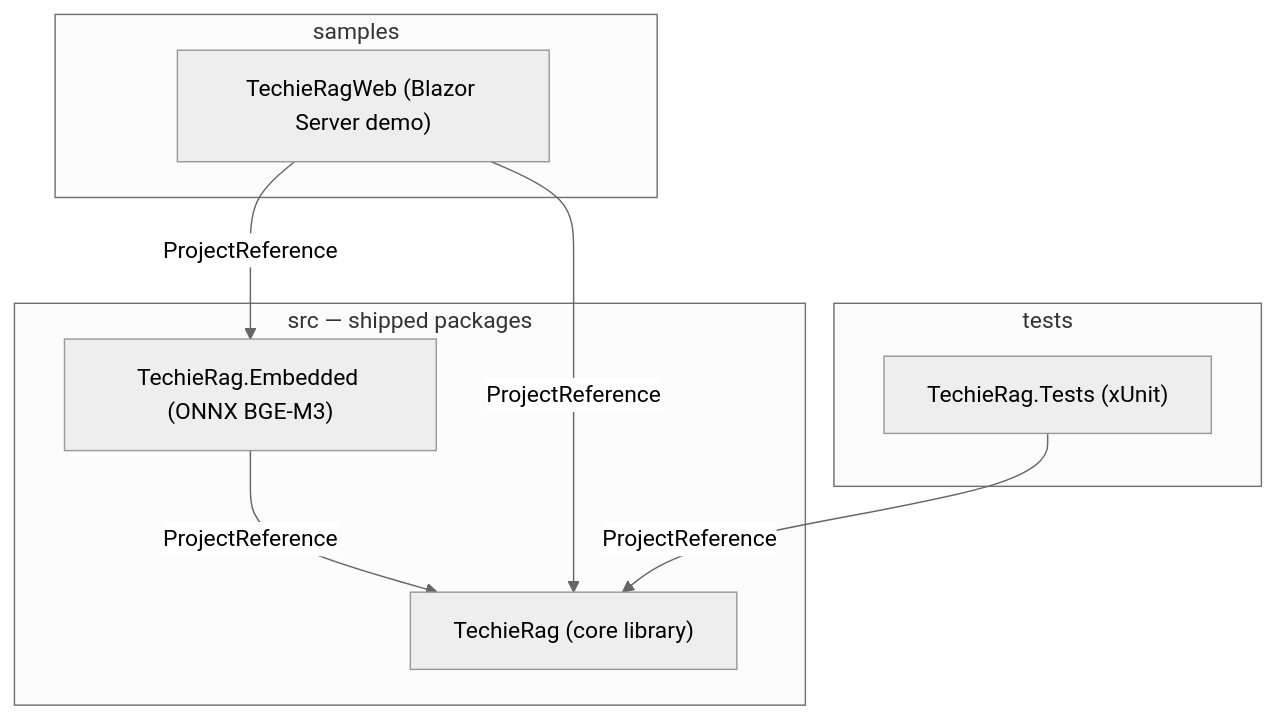
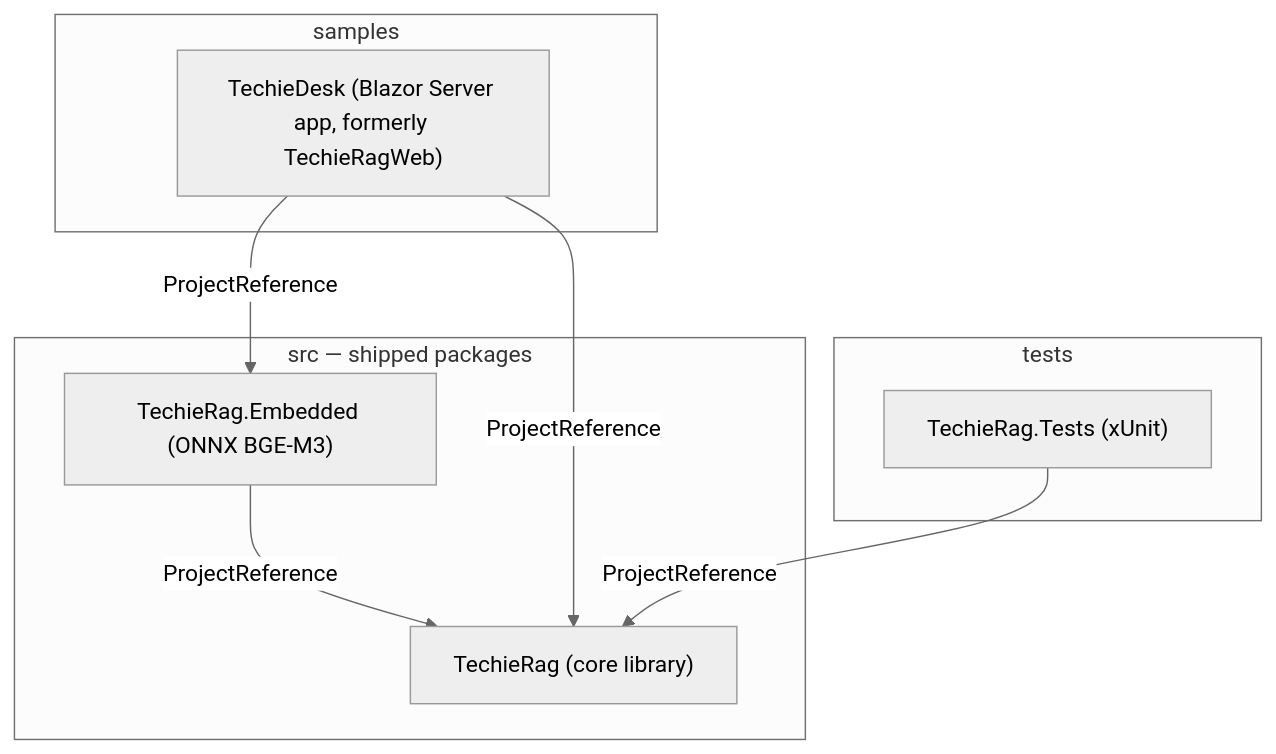
One commit to techierathore/TechieRag changed the first of 8 diagrams in docs/TechieRag-Architecture.md. Above: the diagram before and after it, drawn with Mermaid (neutral theme). The commit also changed other lines of this file and 314 other files, not shown here.

````diff
--- a/docs/TechieRag-Architecture.md
+++ b/docs/TechieRag-Architecture.md
@@ -40,17 +40,17 @@
 ```mermaid
 flowchart TB
   subgraph Src["src — shipped packages"]
     Core["TechieRag (core library)"]
     Embed["TechieRag.Embedded (ONNX BGE-M3)"]
   end
   subgraph Samples["samples"]
-    Web["TechieRagWeb (Blazor Server demo)"]
+    Web["TechieDesk (Blazor Server app, formerly TechieRagWeb)"]
   end
   subgraph Tests["tests"]
     UT["TechieRag.Tests (xUnit)"]
   end
   Embed -->|"ProjectReference"| Core
   Web -->|"ProjectReference"| Core
   Web -->|"ProjectReference"| Embed
   UT -->|"ProjectReference"| Core
 ```
````
